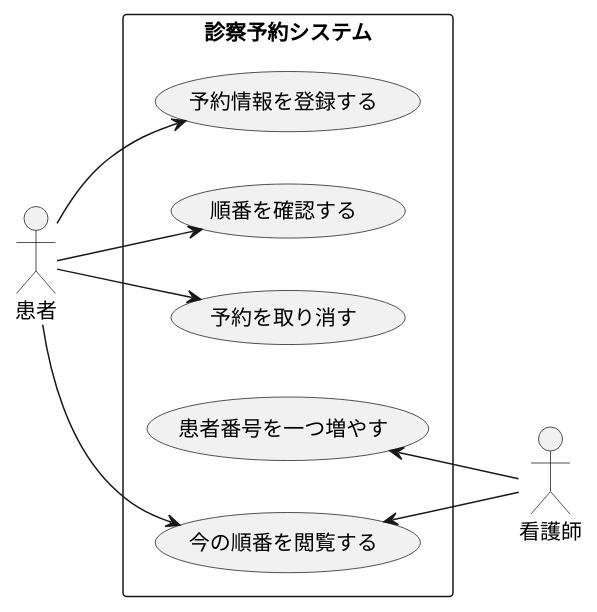
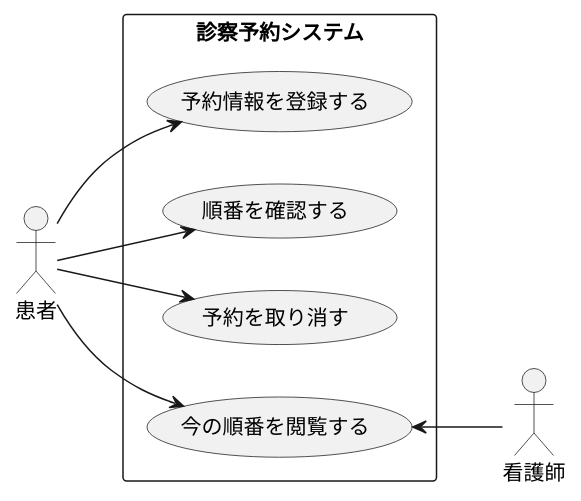
The diagram in 演習６/演習6-3_ユースケース図_診察予約システム.pu (Kuya0307/unl-introduction), drawn with PlantUML before and after one commit. The commit also changed 7 other files, not shown here.

```diff
--- a/演習６/演習6-3_ユースケース図_診察予約システム.pu
+++ b/演習６/演習6-3_ユースケース図_診察予約システム.pu
@@ -1,19 +1,23 @@
 @startuml ユースケース図
     left to right direction
     actor 患者 as kan
     actor 看護師 as ns
     rectangle 診察予約システム{
         usecase 予約情報を登録する as res
+        ' usecase 電話番号 as  tel
+        ' usecase 名前 as name
         usecase 順番を確認する as conf
         usecase 予約を取り消す as del
-        usecase 患者番号を一つ増やす as inc
+        ' usecase 患者番号を一つ増やす as inc
         usecase 今の順番を閲覧する as look
     }
     kan --> res
+    ' tel -up-|> res
+    ' name -up-|> res
     kan --> conf
     kan --> del
-    inc <-- ns
+    ' inc <-- ns
     look <-- ns 
     look <-- kan 
-
+    
 @enduml
```
